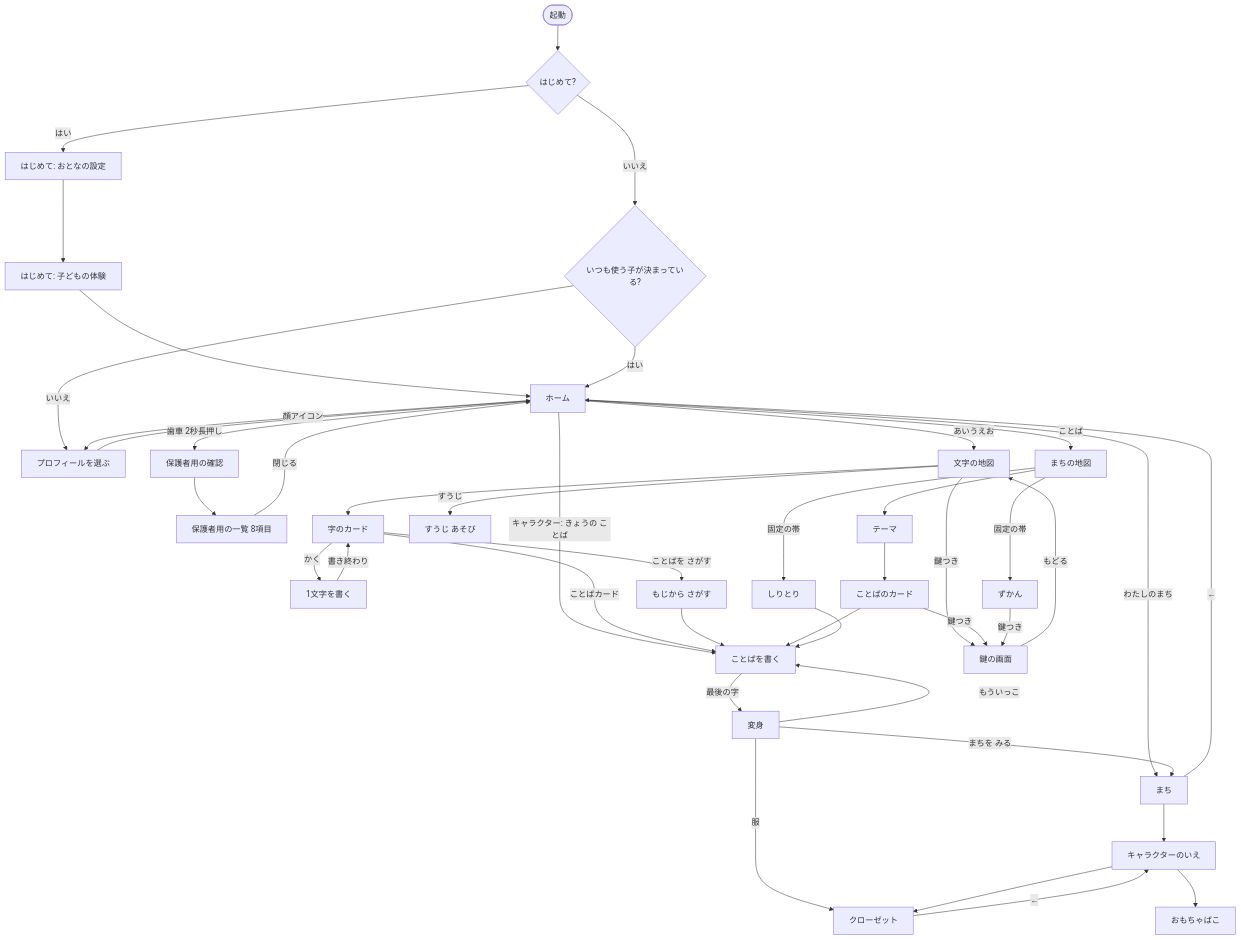
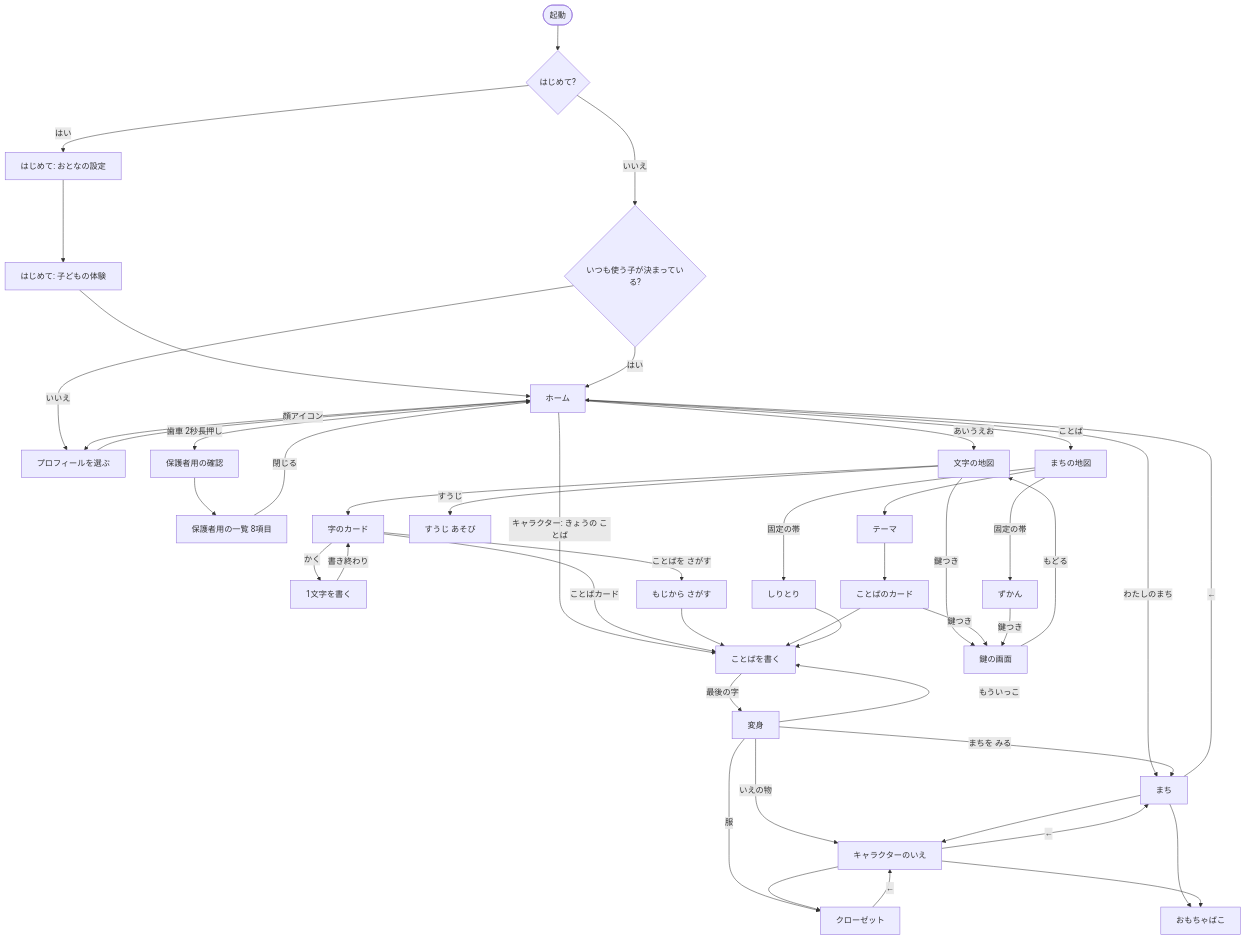
Before and after one commit to kenchan0130/writing-practice-app: the diagram in docs/screens.md, drawn with Mermaid. The commit also changed other lines of this file and 108 other files, not shown here.

````diff
--- a/docs/screens.md
+++ b/docs/screens.md
@@ -74,50 +74,53 @@
 ```mermaid
 flowchart TD
   Start([起動]) --> First{はじめて?}
   First -- はい --> OnbA[はじめて: おとなの設定]
   OnbA --> OnbB[はじめて: 子どもの体験]
   OnbB --> Home
   First -- いいえ --> Who{いつも使う子が決まっている?}
   Who -- いいえ --> Profile[プロフィールを選ぶ]
   Who -- はい --> Home
   Profile --> Home[ホーム]
 
   Home -- 顔アイコン --> Profile
   Home -- あいうえお --> Map[文字の地図]
   Home -- ことば --> Places[まちの地図]
   Home -- わたしのまち --> Town[まち]
   Home -- キャラクター: きょうの ことば --> WordWrite
   Home -- 歯車 2秒長押し --> Gate[保護者用の確認]
   Gate --> Parent[保護者用の一覧 8項目]
   Parent -- 閉じる --> Home
 
   Map --> Card[字のカード]
   Card -- かく --> LetterWrite[1文字を書く]
   Card -- ことばカード --> WordWrite[ことばを書く]
   Card -- ことばを さがす --> LetterWords[もじから さがす]
   LetterWords --> WordWrite
   Map -- すうじ --> Numbers[すうじ あそび]
 
   Places --> Theme[テーマ]
   Places -- 固定の帯 --> Shiritori[しりとり]
   Places -- 固定の帯 --> Zukan[ずかん]
   Theme --> WordCard[ことばのカード]
   WordCard --> WordWrite
   Shiritori --> WordWrite
   Map -- 鍵つき --> Lock[鍵の画面]
   WordCard -- 鍵つき --> Lock
   Zukan -- 鍵つき --> Lock
   Lock -- もどる --> Map
 
   LetterWrite -- 書き終わり --> Card
   WordWrite -- 最後の字 --> Transform[変身]
   Transform -- もういっこ --> WordWrite
   Transform -- まちを みる --> Town
   Transform -- 服 --> Closet[クローゼット]
+  Transform -- いえの物 --> House
 
   Town --> House[キャラクターのいえ]
+  Town --> Toybox
   House --> Closet
   House --> Toybox[おもちゃばこ]
+  House -- ← --> Town
   Town -- ← --> Home
   Closet -- ← --> House
 ```
````
